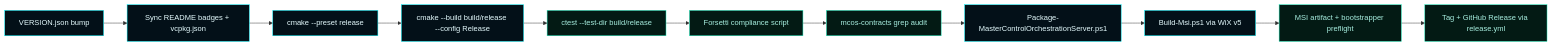
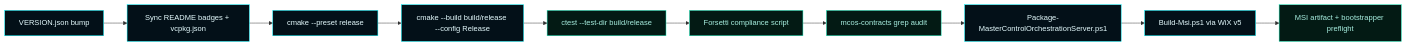
The eighth of 8 diagrams in docs/wiki/Architecture.md (flynn33/Master-Control-Orchestration-Server), drawn with Mermaid before and after one commit. The commit also changed other lines of this file and 18 other files, not shown here.

````diff
--- a/docs/wiki/Architecture.md
+++ b/docs/wiki/Architecture.md
@@ -349,17 +349,16 @@
 ```mermaid
 flowchart LR
     classDef step fill:#031018,stroke:#00F6FF,color:#E6FCFF;
     classDef gate fill:#031a14,stroke:#1cf2c1,color:#a8efe0;
 
     A[VERSION.json bump]:::step
     A --> B[Sync README badges + vcpkg.json]:::step
     B --> C[cmake --preset release]:::step
     C --> D[cmake --build build/release --config Release]:::step
     D --> E[ctest --test-dir build/release]:::gate
     E --> F[Forsetti compliance script]:::gate
     F --> G[mcos-contracts grep audit]:::gate
     G --> H[Package-MasterControlOrchestrationServer.ps1]:::step
     H --> I[Build-Msi.ps1 via WiX v5]:::step
     I --> J[MSI artifact + bootstrapper preflight]:::gate
-    J --> K[Tag + GitHub Release via release.yml]:::gate
 ```
````
